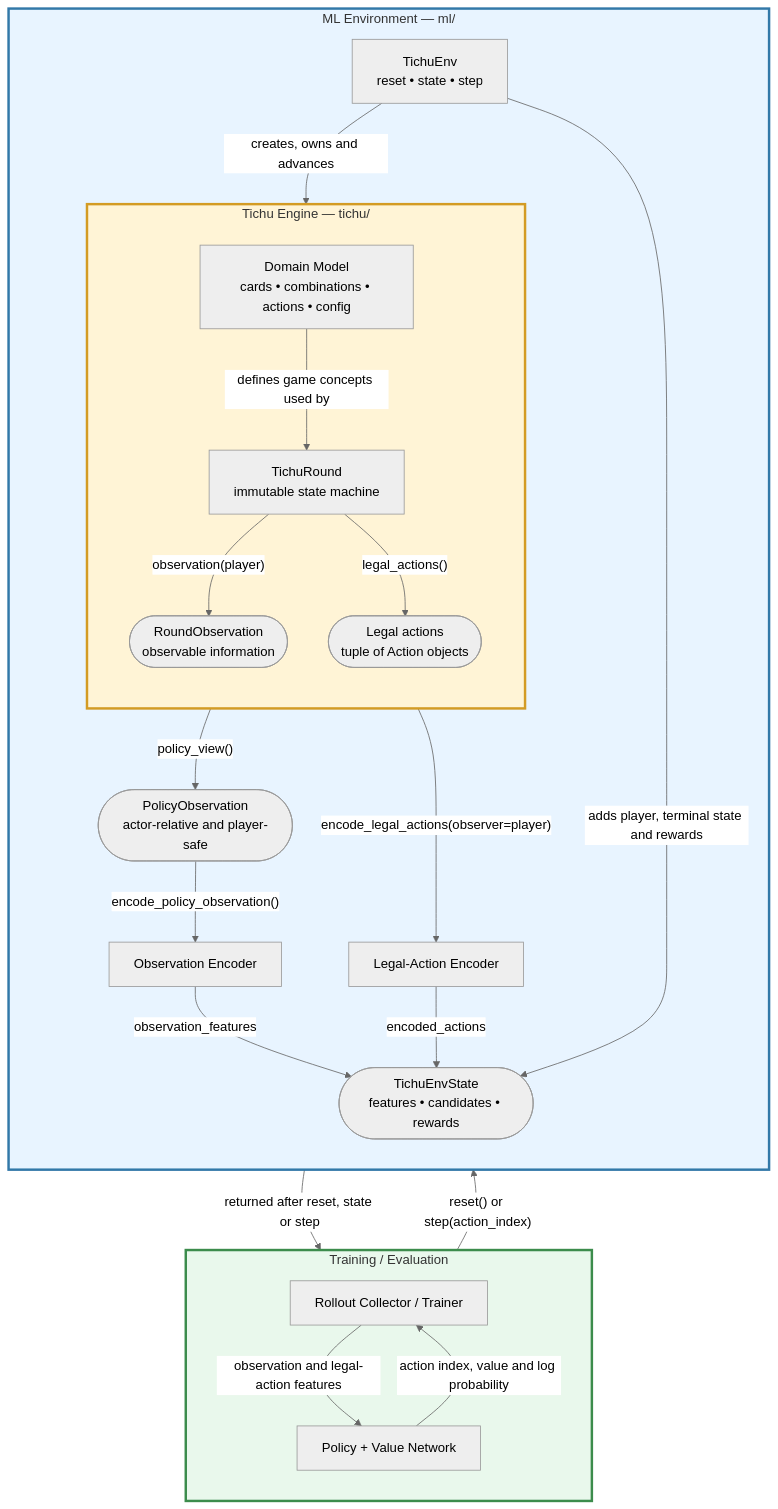
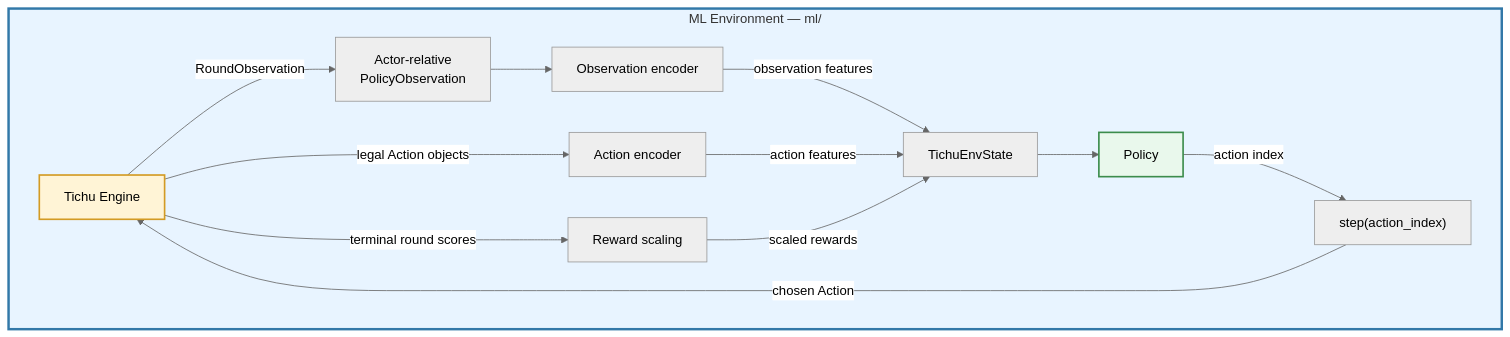
Before and after one commit to wemaxon/tichu-agent: the second of 3 diagrams in README.md, drawn with Mermaid (neutral theme). The commit also changed other lines of this file and 1 other file, not shown here.

````diff
--- a/README.md
+++ b/README.md
@@ -45,49 +51,33 @@
 ```mermaid
-  flowchart TB
-      subgraph APPLICATION["Training / Evaluation"]
-          direction TB
-          TRAINER["Rollout Collector / Trainer"]
-          POLICY["Policy + Value Network"]
+flowchart LR
+    subgraph ML["ML Environment — ml/"]
+        direction LR
 
-          TRAINER -->|"observation and legal-action features"| POLICY
-          POLICY -->|"action index, value and log probability"| TRAINER
-      end
+        ENGINE["Tichu Engine"]
+        VIEW["Actor-relative<br/>PolicyObservation"]
+        OBS_ENCODER["Observation encoder"]
+        ACTION_ENCODER["Action encoder"]
+        REWARD["Reward scaling"]
+        STATE["TichuEnvState"]
+        STEP["step(action_index)"]
+        POLICY["Policy"]
 
-      subgraph ML["ML Environment — ml/"]
-          direction TB
+        ENGINE -->|"RoundObservation"| VIEW
+        VIEW --> OBS_ENCODER
+        OBS_ENCODER -->|"observation features"| STATE
 
-          ENV["TichuEnv<br/>reset • state • step"]
-          POLICY_VIEW(["PolicyObservation<br/>actor-relative and player-safe"])
-          OBS_ENCODER["Observation Encoder"]
-          ACTION_ENCODER["Legal-Action Encoder"]
-          ENV_STATE(["TichuEnvState<br/>features • candidates • rewards"])
+        ENGINE -->|"legal Action objects"| ACTION_ENCODER
+        ACTION_ENCODER -->|"action features"| STATE
 
-          subgraph ENGINE["Tichu Engine — tichu/"]
-              direction TB
+        ENGINE -->|"terminal round scores"| REWARD
+        REWARD -->|"scaled rewards"| STATE
 
-              DOMAIN["Domain Model<br/>cards • combinations • actions • config"]
-              ROUND["TichuRound<br/>immutable state machine"]
-              OBSERVATION(["RoundObservation<br/>observable information"])
-              LEGAL_ACTIONS(["Legal actions<br/>tuple of Action objects"])
+        STATE --> POLICY
+        POLICY -->|"action index"| STEP
+        STEP -->|"chosen Action"| ENGINE
+    end
 
-              DOMAIN -->|"defines game concepts used by"| ROUND
-              ROUND -->|"observation(player)"| OBSERVATION
-              ROUND -->|"legal_actions()"| LEGAL_ACTIONS
-          end
-
-          ENV -->|"creates, owns and advances"| ROUND
-          OBSERVATION -->|"policy_view()"| POLICY_VIEW
-          POLICY_VIEW -->|"encode_policy_observation()"| OBS_ENCODER
-          LEGAL_ACTIONS -->|"encode_legal_actions(observer=player)"| ACTION_ENCODER
-          OBS_ENCODER -->|"observation_features"| ENV_STATE
-          ACTION_ENCODER -->|"encoded_actions"| ENV_STATE
-          ENV -->|"adds player, terminal state and rewards"| ENV_STATE
-      end
-
-      TRAINER -->|"reset() or step(action_index)"| ENV
-      ENV_STATE -->|"returned after reset, state or step"| TRAINER
-
-      style ENGINE fill:#fff4d6,stroke:#d39b24,stroke-width:3px
-      style ML fill:#e8f4ff,stroke:#3278a8,stroke-width:3px
-      style APPLICATION fill:#e9f8ec,stroke:#3c8c4c,stroke-width:3px
+    style ML fill:#e8f4ff,stroke:#3278a8,stroke-width:3px
+    style ENGINE fill:#fff4d6,stroke:#d39b24,stroke-width:2px
+    style POLICY fill:#e9f8ec,stroke:#3c8c4c,stroke-width:2px
 ```
````
